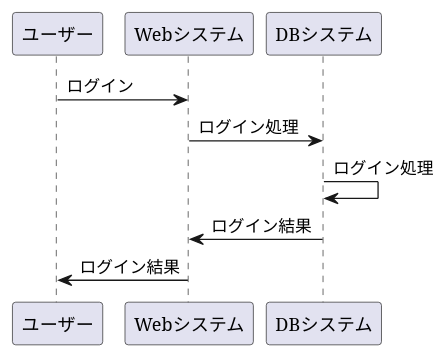
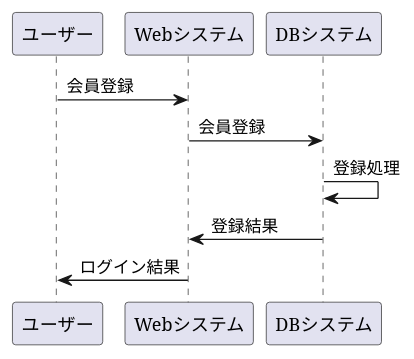
One commit to Aso2001196/2021sys-design changed the diagram in a.md. Above: the diagram before and after it, drawn with PlantUML.

````diff
--- a/a.md
+++ b/a.md
@@ -1,9 +1,9 @@
 ```uml
 @startuml
-ユーザー -> Webシステム :ログイン
-Webシステム -> DBシステム :ログイン処理
-DBシステム -> DBシステム :ログイン処理
-Webシステム <- DBシステム :ログイン結果
+ユーザー -> Webシステム :会員登録
+Webシステム -> DBシステム :会員登録
+DBシステム -> DBシステム :登録処理
+Webシステム <- DBシステム :登録結果
 ユーザー <- Webシステム :ログイン結果
 @enduml
 ```
````
